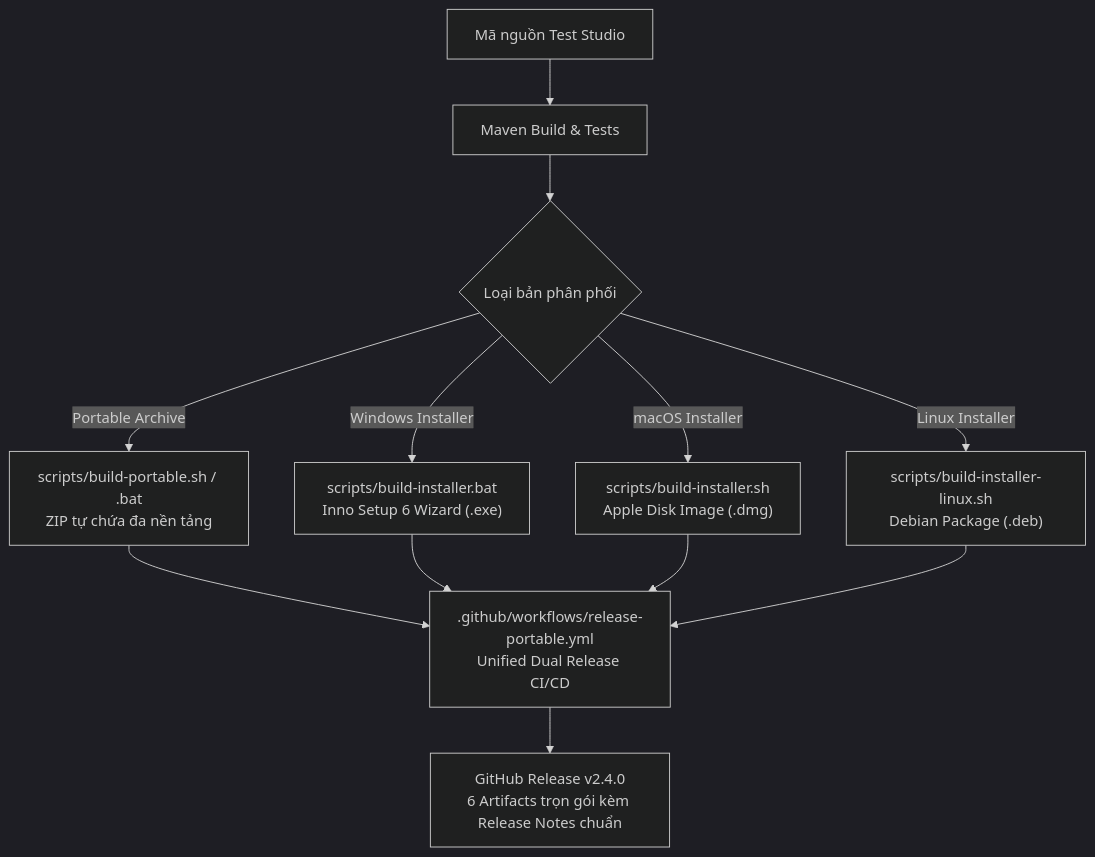
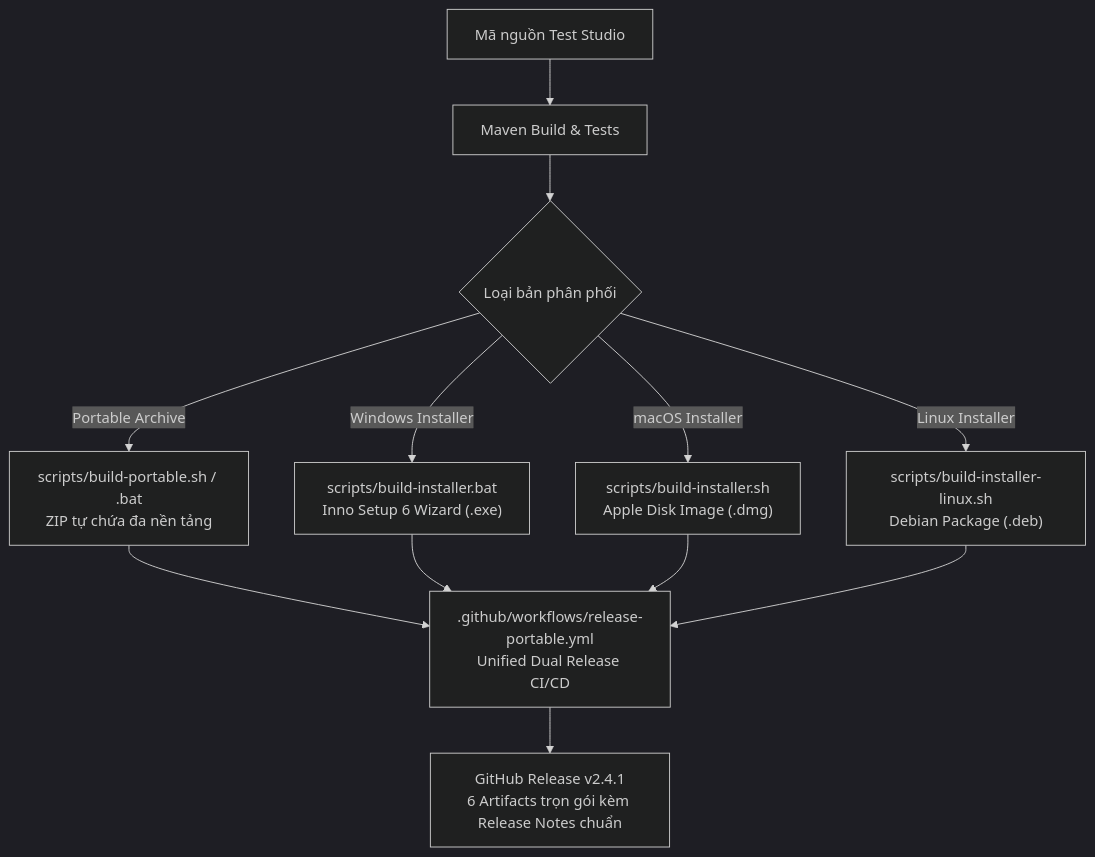
One commit to manhquoc2013/GUI-test-tool changed the fourth of 4 diagrams in docs/guide/USER_GUIDE.md. Above: the diagram before and after it, drawn with Mermaid (dark theme). The commit also changed other lines of this file and 19 other files, not shown here.

````diff
--- a/docs/guide/USER_GUIDE.md
+++ b/docs/guide/USER_GUIDE.md
@@ -499,11 +499,11 @@
 ```mermaid
 flowchart TD
     A["Mã nguồn Test Studio"] --> B["Maven Build & Tests"]
     B --> C{"Loại bản phân phối"}
     C -->|Portable Archive| D["scripts/build-portable.sh / .bat<br/>ZIP tự chứa đa nền tảng"]
     C -->|Windows Installer| E["scripts/build-installer.bat<br/>Inno Setup 6 Wizard (.exe)"]
     C -->|macOS Installer| F["scripts/build-installer.sh<br/>Apple Disk Image (.dmg)"]
     C -->|Linux Installer| G["scripts/build-installer-linux.sh<br/>Debian Package (.deb)"]
     D & E & F & G --> H[".github/workflows/release-portable.yml<br/>Unified Dual Release CI/CD"]
-    H --> I["GitHub Release v2.4.0<br/>6 Artifacts trọn gói kèm Release Notes chuẩn"]
+    H --> I["GitHub Release v2.4.1<br/>6 Artifacts trọn gói kèm Release Notes chuẩn"]
 ```
````
